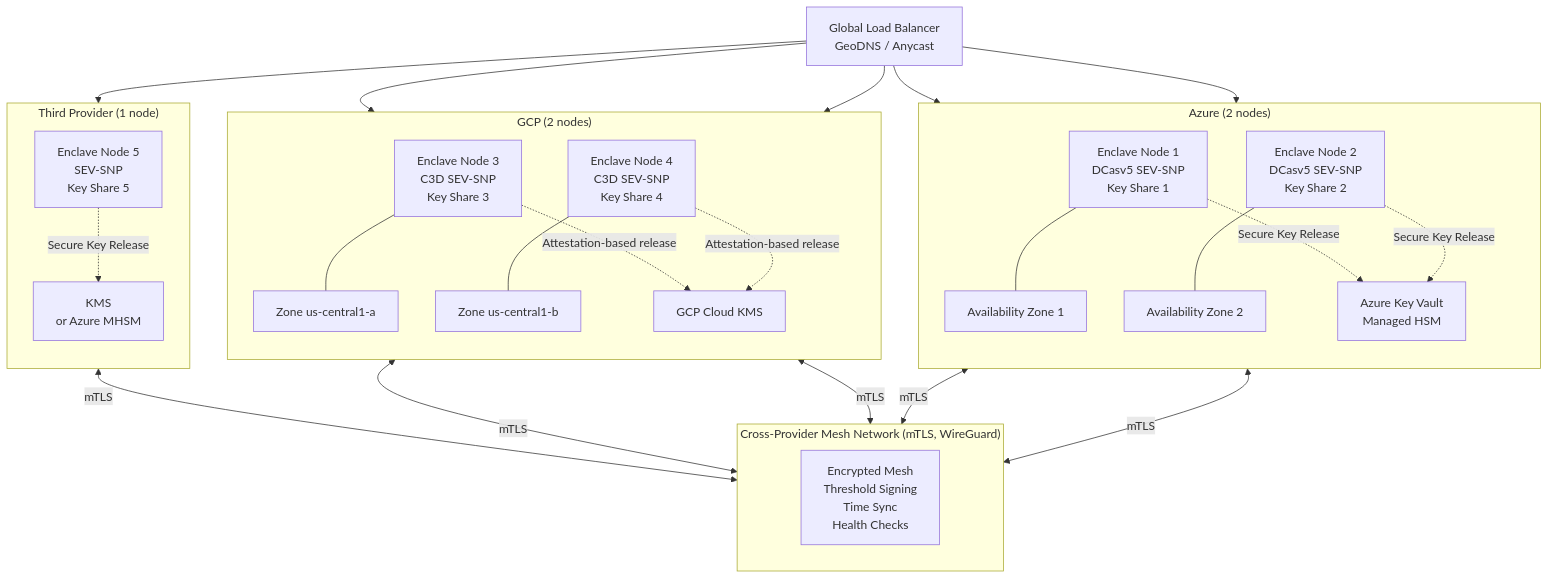
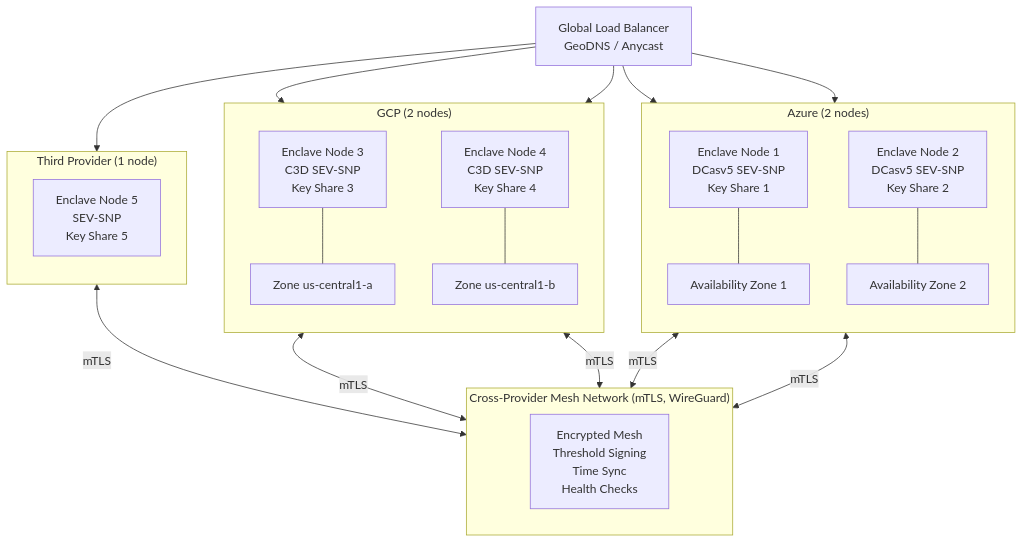
One commit to NickBorgers/confidential-computing-tsa changed the fourth of 4 diagrams in docs/01-architecture-overview.md. Above: the diagram before and after it, drawn with Mermaid. The commit also changed other lines of this file and 2 other files, not shown here.

First line of the commit message:
Adopt immutable software + ephemeral key model (Phase 1)

````diff
--- a/docs/01-architecture-overview.md
+++ b/docs/01-architecture-overview.md
@@ -560,54 +536,45 @@
 ```mermaid
 graph TB
     subgraph Azure["Azure (2 nodes)"]
         direction TB
         AZ_AZ1["Availability Zone 1"]
         AZ_AZ2["Availability Zone 2"]
 
         E1[Enclave Node 1<br/>DCasv5 SEV-SNP<br/>Key Share 1]
         E2[Enclave Node 2<br/>DCasv5 SEV-SNP<br/>Key Share 2]
 
         E1 --- AZ_AZ1
         E2 --- AZ_AZ2
-
-        KMS_AZ[Azure Key Vault<br/>Managed HSM]
     end
 
     subgraph GCP["GCP (2 nodes)"]
         direction TB
         GCP_Z1["Zone us-central1-a"]
         GCP_Z2["Zone us-central1-b"]
 
         E3[Enclave Node 3<br/>C3D SEV-SNP<br/>Key Share 3]
         E4[Enclave Node 4<br/>C3D SEV-SNP<br/>Key Share 4]
 
         E3 --- GCP_Z1
         E4 --- GCP_Z2
-
-        KMS_GCP[GCP Cloud KMS]
     end
 
     subgraph ThirdProvider["Third Provider (1 node)"]
         direction TB
         E5[Enclave Node 5<br/>SEV-SNP<br/>Key Share 5]
-        KMS_TP[KMS<br/>or Azure MHSM]
     end
 
     subgraph CrossProviderMesh["Cross-Provider Mesh Network (mTLS, WireGuard)"]
         direction LR
         MESH[Encrypted Mesh<br/>Threshold Signing<br/>Time Sync<br/>Health Checks]
     end
 
     E1 <-->|mTLS| MESH
     E2 <-->|mTLS| MESH
     E3 <-->|mTLS| MESH
     E4 <-->|mTLS| MESH
     E5 <-->|mTLS| MESH
 
-    E1 & E2 -.->|Secure Key Release| KMS_AZ
-    E3 & E4 -.->|Attestation-based release| KMS_GCP
-    E5 -.->|Secure Key Release| KMS_TP
-
     LB_GLOBAL[Global Load Balancer<br/>GeoDNS / Anycast]
     LB_GLOBAL --> E1 & E2 & E3 & E4 & E5
 ```
````
